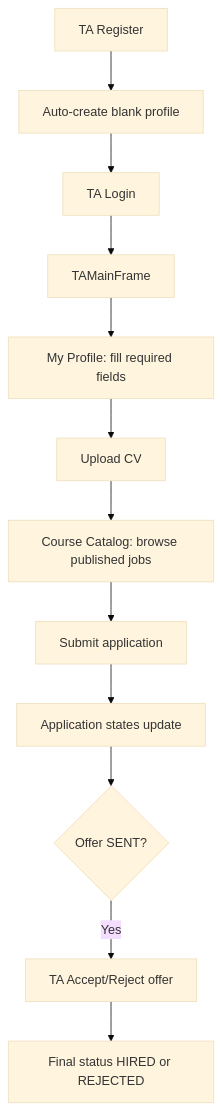
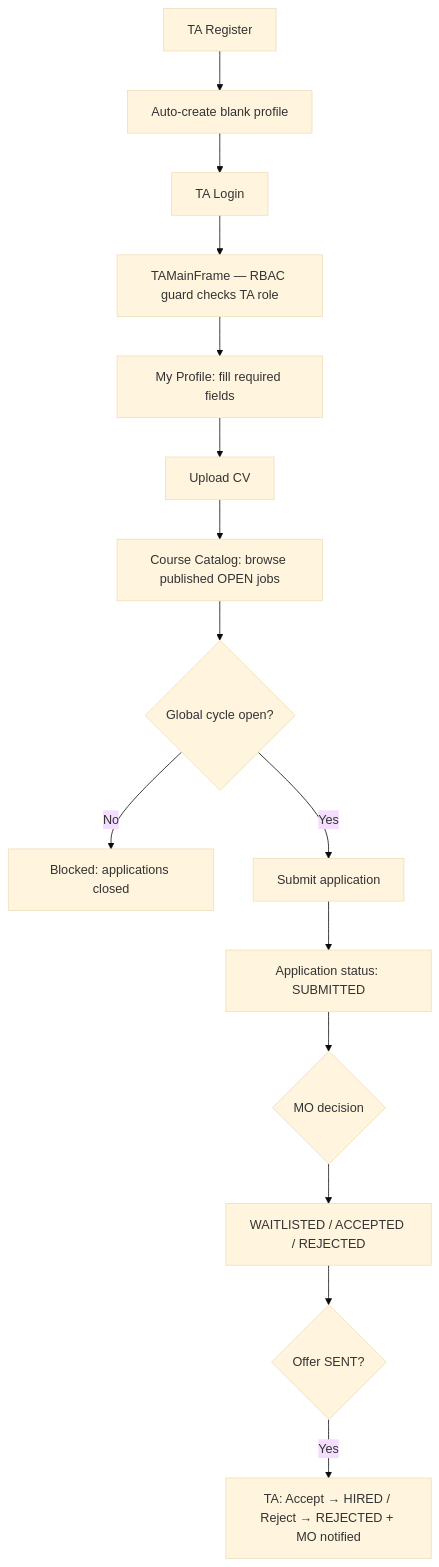
The fourth of 8 diagrams in docs/Project-Architecture-and-RunLogic.md (Jane-qm/EBU6304-Group85-TA-Recruitment), drawn with Mermaid (base theme) before and after one commit. The commit also changed other lines of this file and 1 other file, not shown here.

````diff
--- a/docs/Project-Architecture-and-RunLogic.md
+++ b/docs/Project-Architecture-and-RunLogic.md
@@ -115,14 +119,17 @@
 ```mermaid
 flowchart TD
     A[TA Register] --> B[Auto-create blank profile]
     B --> C[TA Login]
-    C --> D[TAMainFrame]
+    C --> D[TAMainFrame — RBAC guard checks TA role]
     D --> E[My Profile: fill required fields]
     E --> F[Upload CV]
-    F --> G[Course Catalog: browse published jobs]
-    G --> H[Submit application]
-    H --> I[Application states update]
-    I --> J{Offer SENT?}
-    J -- Yes --> K[TA Accept/Reject offer]
-    K --> L[Final status HIRED or REJECTED]
+    F --> G[Course Catalog: browse published OPEN jobs]
+    G --> H{Global cycle open?}
+    H -- No --> G2[Blocked: applications closed]
+    H -- Yes --> I[Submit application]
+    I --> J[Application status: SUBMITTED]
+    J --> K{MO decision}
+    K --> L[WAITLISTED / ACCEPTED / REJECTED]
+    L --> M{Offer SENT?}
+    M -- Yes --> N[TA: Accept → HIRED / Reject → REJECTED + MO notified]
 ```
````
